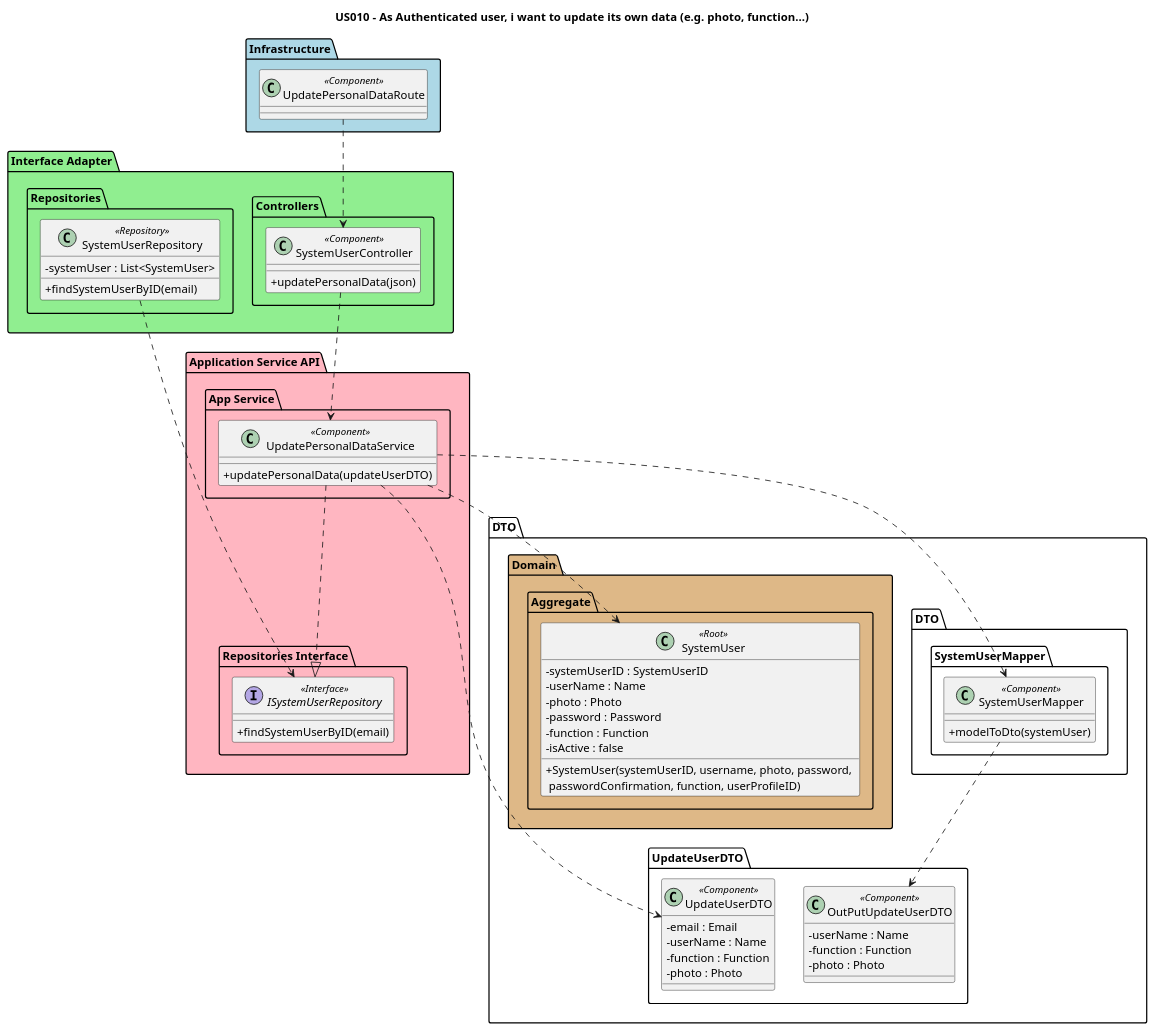
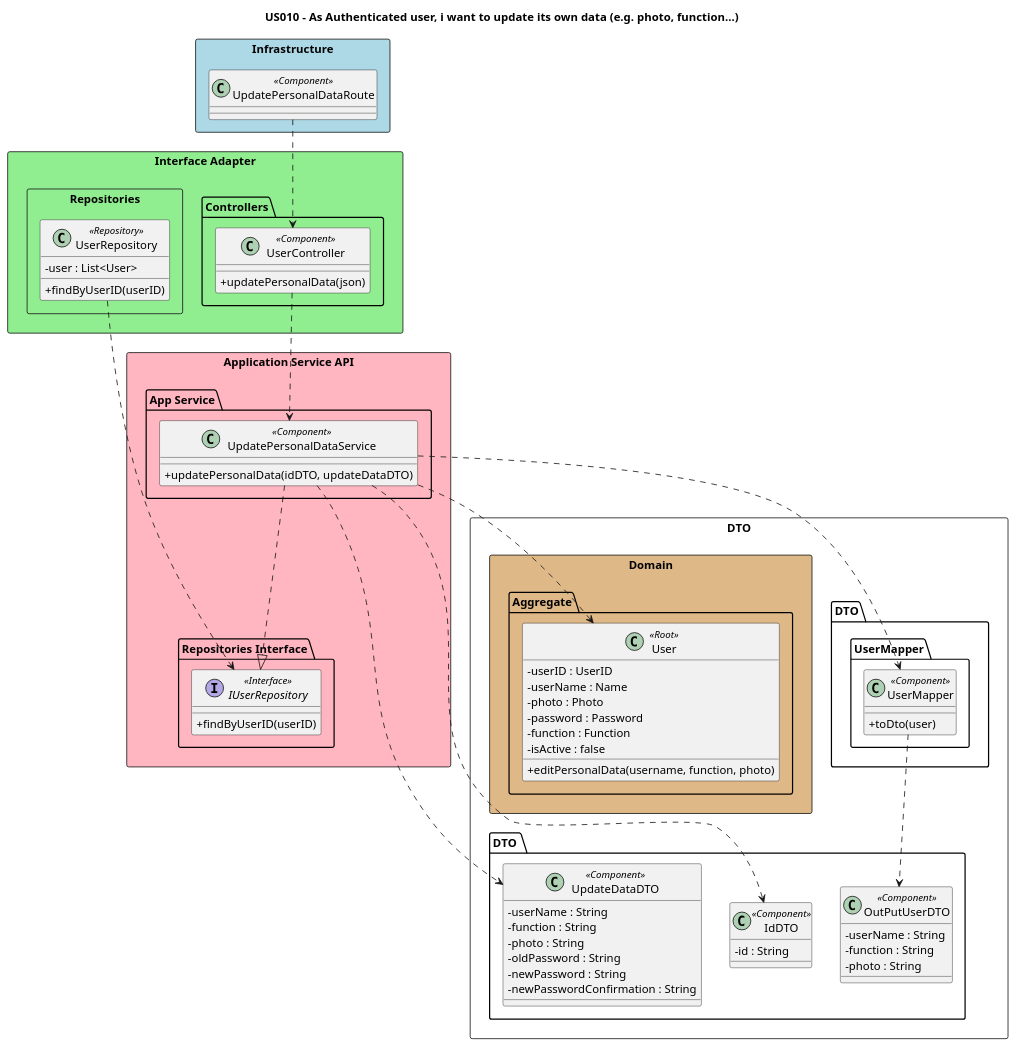
One commit to nunogon1211787/projectManagement changed the diagram in docs/Sprint1/US010/US010-CD-Reengenharia.puml. Above: the diagram before and after it, drawn with PlantUML. The commit also changed 89 other files, not shown here.

```diff
--- a/docs/Sprint1/US010/US010-CD-Reengenharia.puml
+++ b/docs/Sprint1/US010/US010-CD-Reengenharia.puml
@@ -1,84 +1,90 @@
 @startuml
 'https://plantuml.com/class-diagram
 
 'hide circle
 skinparam classAttributeIconSize 0
 
 title US010 - As Authenticated user, i want to update its own data (e.g. photo, function...)
 
 skinparam classAttributeIconSize 0
 
-package "Infrastructure" <<Folder>> #lightblue  {
+package "Infrastructure" <<Rectangle>> #lightblue  {
 class "UpdatePersonalDataRoute" as route << Component >>
 }
 
-package "Interface Adapter" <<Folder>> #lightgreen {
+package "Interface Adapter" <<Rectangle>> #lightgreen {
 package "Controllers" <<Folder>>{
-class "SystemUserController" as controller << Component >> {
+class "UserController" as controller << Component >> {
 +updatePersonalData(json)
 }
 }
-package "Repositories" <<Folder>>{
-class "SystemUserRepository" as repository << Repository >> {
--systemUser : List<SystemUser>
-+ findSystemUserByID(email)
+package "Repositories" <<Rectangle>>{
+class "UserRepository" as repository << Repository >> {
+-user : List<User>
++ findByUserID(userID)
 }
 }
 }
-package "Application Service API" <<Package>> #lightpink{
+package "Application Service API" <<Rectangle>> #lightpink{
 package "App Service" <<Folder>>{
 class "UpdatePersonalDataService" as service << Component >> {
-+updatePersonalData(updateUserDTO)
++updatePersonalData(idDTO, updateDataDTO)
 }
 }
 package "Repositories Interface" <<Folder>>{
-interface "ISystemUserRepository" as interfaceSystemUserRepo << Interface >>{
-+ findSystemUserByID(email)
+interface "IUserRepository" as interfaceSystemUserRepo << Interface >>{
++ findByUserID(userID)
 }
 }
 }
-package "DTO" <<Folder>> {
-package "UpdateUserDTO" <<Folder>>{
-class "UpdateUserDTO" as dto << Component >> {
-- email : Email
-- userName : Name
-- function : Function
-- photo : Photo
+package "DTO" <<Rectangle>> {
+package "DTO " <<Folder>>{
+class "UpdateDataDTO" as dto << Component >> {
+- userName : String
+- function : String
+- photo : String
+- oldPassword : String
+- newPassword : String
+- newPasswordConfirmation : String
 }
-class "OutPutUpdateUserDTO" as outputDTO << Component >> {
-- userName : Name
-- function : Function
-- photo : Photo
+class "OutPutUserDTO" as outputUserDTO << Component >> {
+- userName : String
+- function : String
+- photo : String
+}
+class "IdDTO" as idDTO << Component >> {
+- id : String
 }
 }
 package "DTO" <<Folder>> {
-package "SystemUserMapper" <<Folder>>{
-class "SystemUserMapper" as mapper << Component >> {
-+ modelToDto(systemUser)
+package "UserMapper" <<Folder>>{
+class "UserMapper" as mapper << Component >> {
++ toDto(user)
 }
 }
 }
 
-package "Domain" <<Folder>> #burlywood{
+package "Domain" <<Rectangle>> #burlywood{
 package "Aggregate" <<Folder>>{
-class "SystemUser" as systemuser << Root >> {
-- systemUserID : SystemUserID
+class "User" as systemuser << Root >> {
+- userID : UserID
 - userName : Name
 - photo : Photo
 - password : Password
 - function : Function
 - isActive : false
-+ SystemUser(systemUserID, username, photo, password, \n passwordConfirmation, function, userProfileID)
++ editPersonalData(username, function, photo)
 }
 }
 
 route ..> controller
 controller ..> service
 service .right.> dto
+service ..> idDTO
 service ..|> interfaceSystemUserRepo
 repository ..> interfaceSystemUserRepo
 service ..> systemuser
 service .down.> mapper
-mapper ..> outputDTO
+mapper ..> outputUserDTO
 
 @enduml
```
